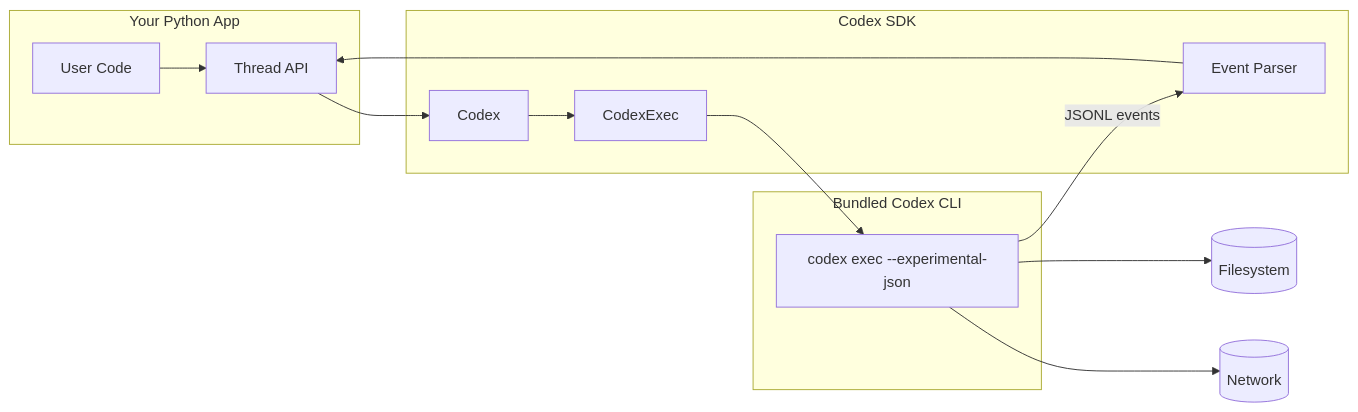
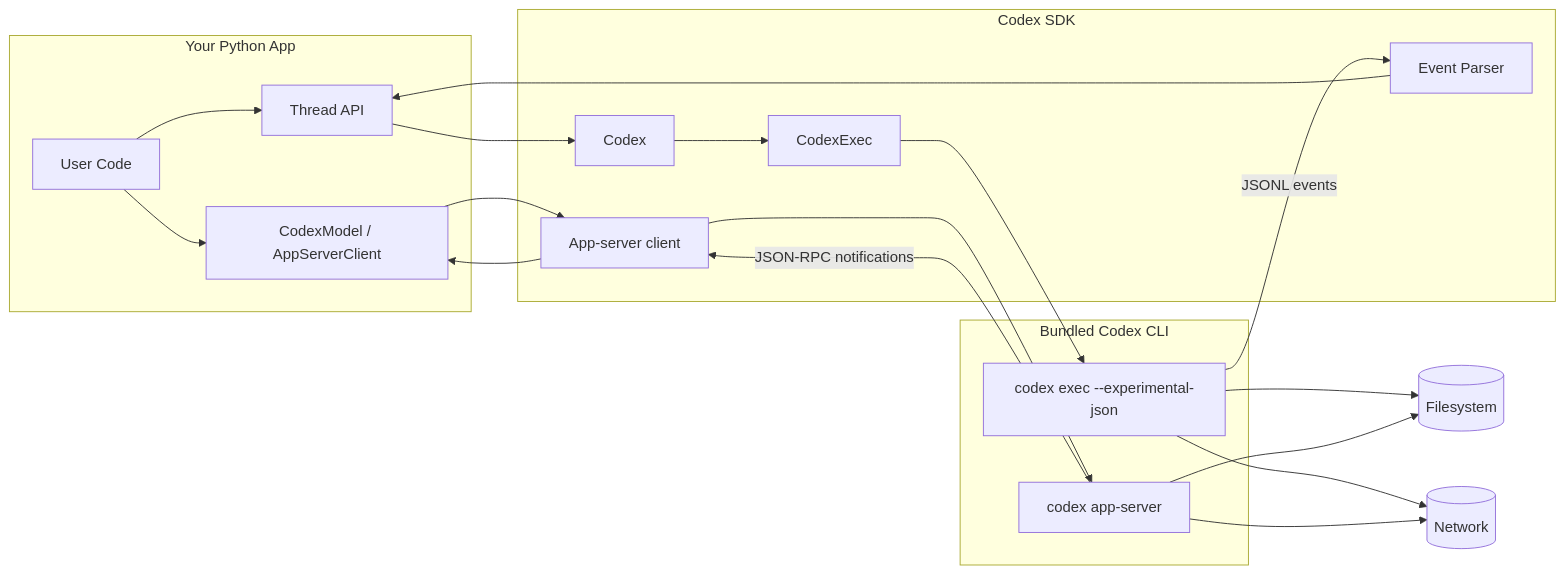
The first of 4 diagrams in README.md (vectorfy-co/codex-sdk-python), drawn with Mermaid before and after one commit. The commit also changed other lines of this file and 7 other files, not shown here.

````diff
--- a/README.md
+++ b/README.md
@@ -753,25 +758,32 @@
 ```mermaid
 flowchart LR
   subgraph App[Your Python App]
     U[User Code]
     T[Thread API]
+    M[CodexModel / AppServerClient]
   end
 
   subgraph SDK[Codex SDK]
     C[Codex]
     E[CodexExec]
     P[Event Parser]
+    A[App-server client]
   end
 
   subgraph CLI[Bundled Codex CLI]
     X["codex exec --experimental-json"]
+    S["codex app-server"]
   end
 
   FS[(Filesystem)]
   NET[(Network)]
 
   U --> T --> C --> E --> X
+  U --> M --> A --> S
   X -->|JSONL events| P --> T
+  S -->|JSON-RPC notifications| A --> M
   X --> FS
   X --> NET
+  S --> FS
+  S --> NET
 ```
````
